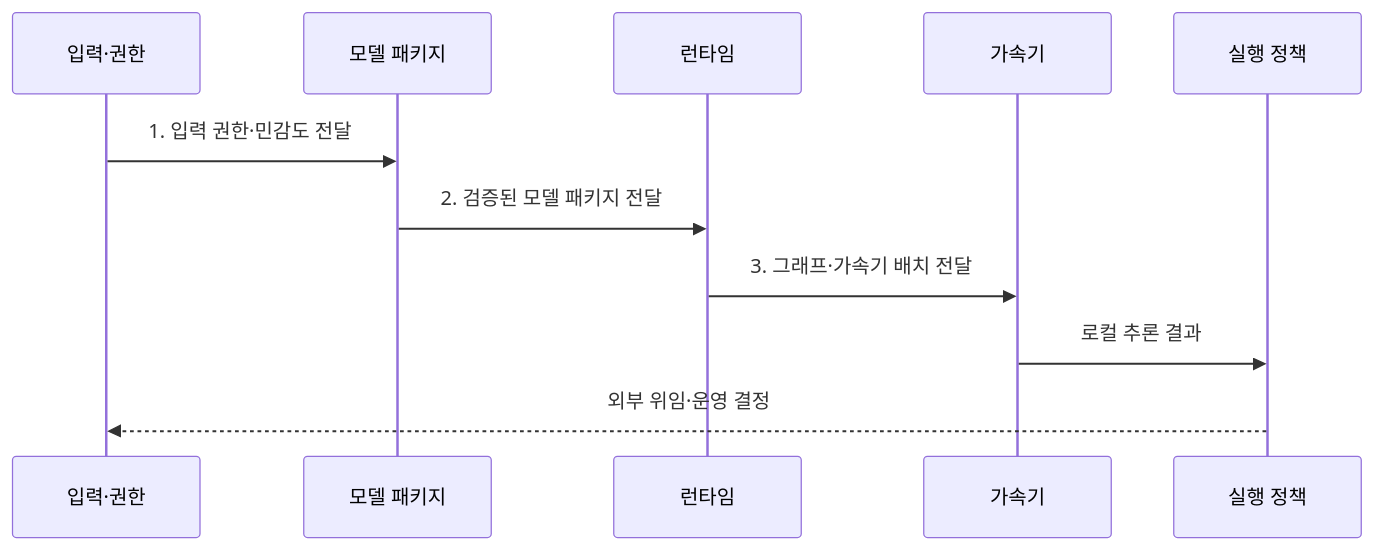
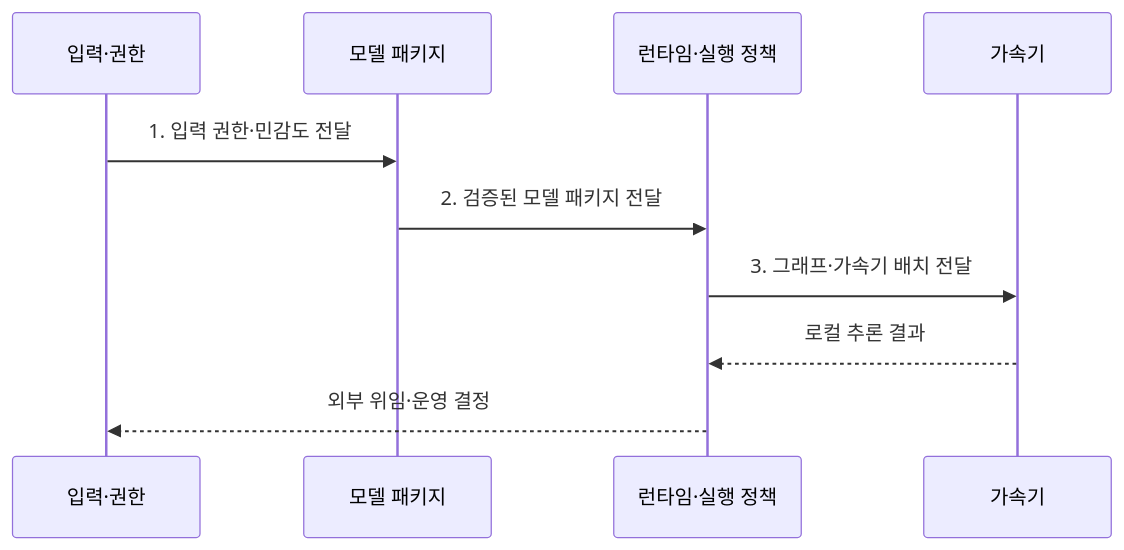
The second of 2 diagrams in src/content/docs/notes/08-latest-tech/050_on_device_ai.md (agnusdei1207/knowledge-base), drawn with Mermaid before and after one commit. The commit also changed 9 other files, not shown here.

Commit message:
Simplify AI system flow participants

````diff
--- a/src/content/docs/notes/08-latest-tech/050_on_device_ai.md
+++ b/src/content/docs/notes/08-latest-tech/050_on_device_ai.md
@@ -101,13 +101,12 @@
 ```mermaid
 sequenceDiagram
     participant I as 입력·권한
     participant P as 모델 패키지
-    participant R as 런타임
+    participant R as 런타임·실행 정책
     participant A as 가속기
-    participant O as 실행 정책
     I->>P: 1. 입력 권한·민감도 전달
     P->>R: 2. 검증된 모델 패키지 전달
     R->>A: 3. 그래프·가속기 배치 전달
-    A->>O: 로컬 추론 결과
-    O-->>I: 외부 위임·운영 결정
+    A-->>R: 로컬 추론 결과
+    R-->>I: 외부 위임·운영 결정
 ```
````
